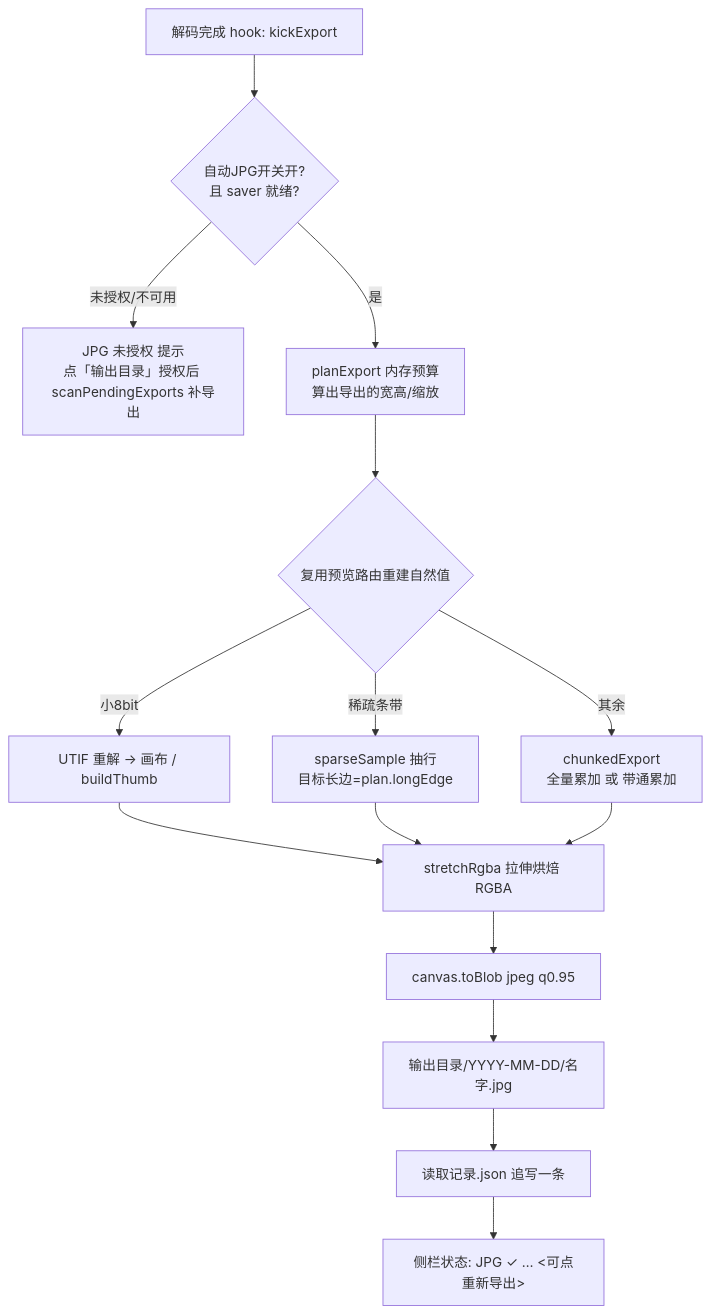
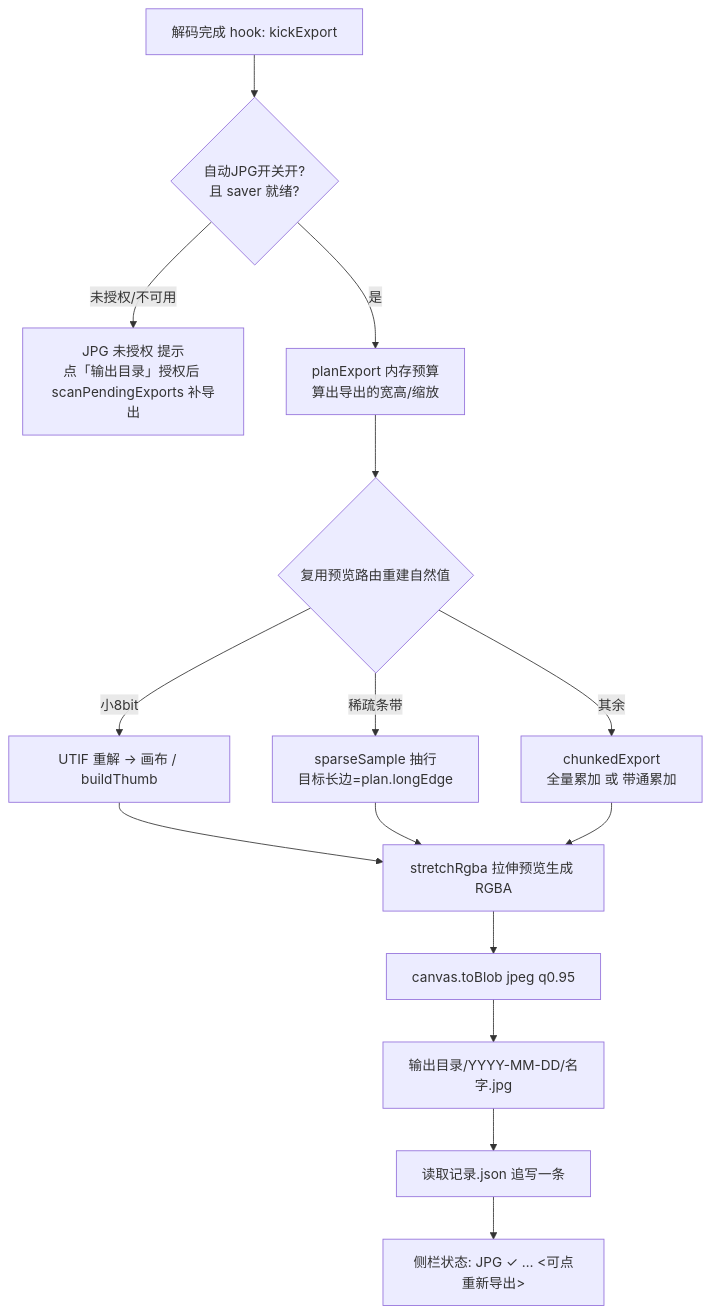
Before and after one commit to Jason001028/sr_agent_platform: the second of 2 diagrams in docs/knowledge/jpg-export-background.md, drawn with Mermaid. The commit also changed other lines of this file and 84 other files, not shown here.

````diff
--- a/docs/knowledge/jpg-export-background.md
+++ b/docs/knowledge/jpg-export-background.md
@@ -159,17 +159,17 @@
 ```mermaid
 flowchart TD
     A[解码完成 hook: kickExport] --> B{自动JPG开关开?<br/>且 saver 就绪?}
     B -- 未授权/不可用 --> Z[JPG 未授权 提示<br/>点「输出目录」授权后 scanPendingExports 补导出]
     B -- 是 --> C[planExport 内存预算<br/>算出导出的宽高/缩放]
     C --> D{复用预览路由重建自然值}
     D -- 小8bit --> E[UTIF 重解 → 画布 / buildThumb]
     D -- 稀疏条带 --> F[sparseSample 抽行<br/>目标长边=plan.longEdge]
     D -- 其余 --> G[chunkedExport<br/>全量累加 或 带通累加]
-    E --> H[stretchRgba 拉伸烘焙 RGBA]
+    E --> H[stretchRgba 拉伸预览生成 RGBA]
     F --> H
     G --> H
     H --> I[canvas.toBlob jpeg q0.95]
     I --> J[输出目录/YYYY-MM-DD/名字.jpg]
     J --> K[读取记录.json 追写一条]
     K --> L[侧栏状态: JPG ✓ … <可点重新导出>]
 ```
````
